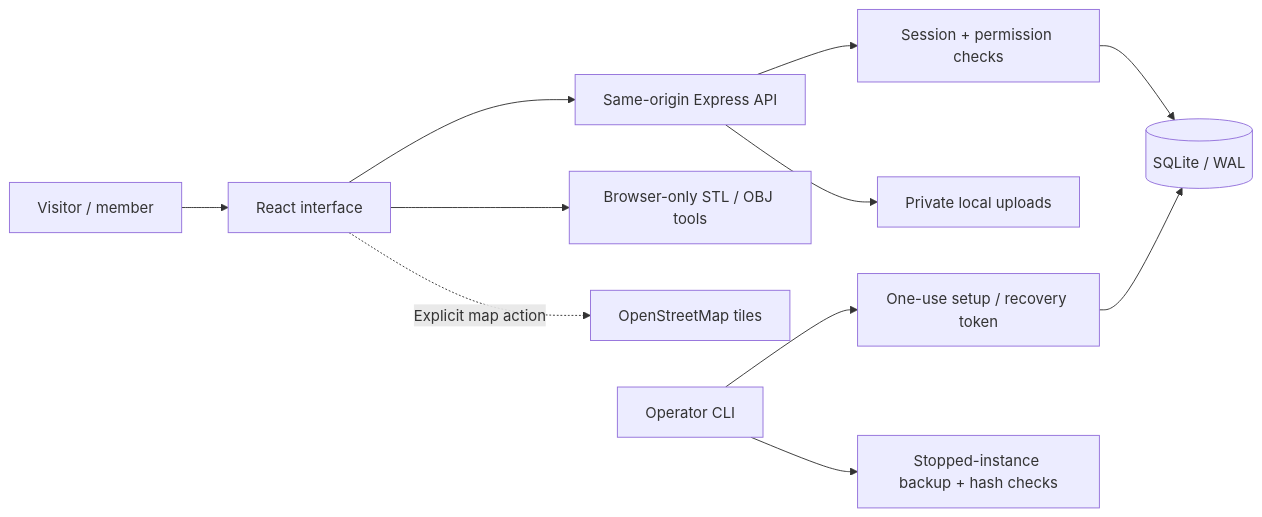
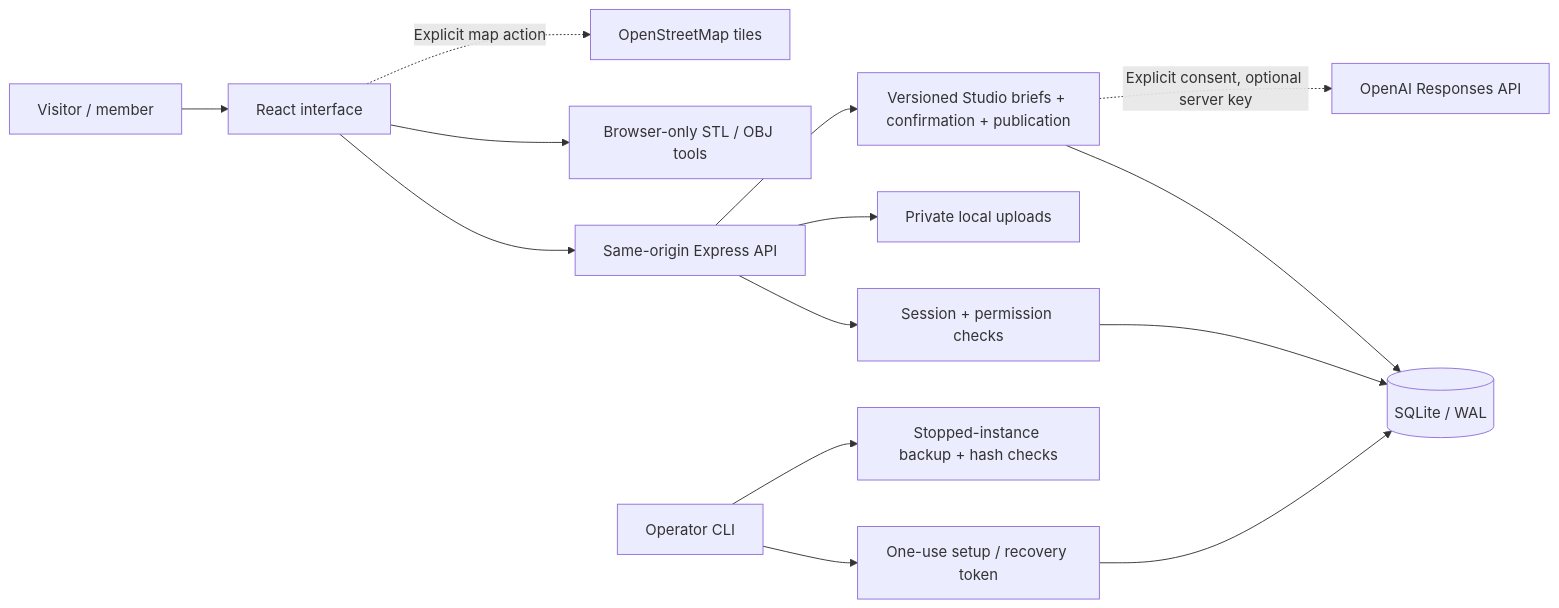
The diagram in docs/ARCHITECTURE.md (ultim8digital/openprint), drawn with Mermaid before and after one commit. The commit also changed other lines of this file and 31 other files, not shown here.

Commit message:
Add Neofab Studio manufacturing briefs and optional AI workflow

````diff
--- a/docs/ARCHITECTURE.md
+++ b/docs/ARCHITECTURE.md
@@ -5,13 +5,16 @@
 ```mermaid
 flowchart LR
     Member[Visitor / member] --> UI[React interface]
     UI --> API[Same-origin Express API]
     API --> Auth[Session + permission checks]
     Auth --> DB[(SQLite / WAL)]
     API --> Files[Private local uploads]
+    API --> Studio[Versioned Studio briefs + confirmation + publication]
+    Studio --> DB
+    Studio -. Explicit consent, optional server key .-> AI[OpenAI Responses API]
     UI --> Tools[Browser-only STL / OBJ tools]
     UI -. Explicit map action .-> OSM[OpenStreetMap tiles]
     Operator[Operator CLI] --> Admin[One-use setup / recovery token]
     Admin --> DB
     Operator --> Backup[Stopped-instance backup + hash checks]
 ```
````
